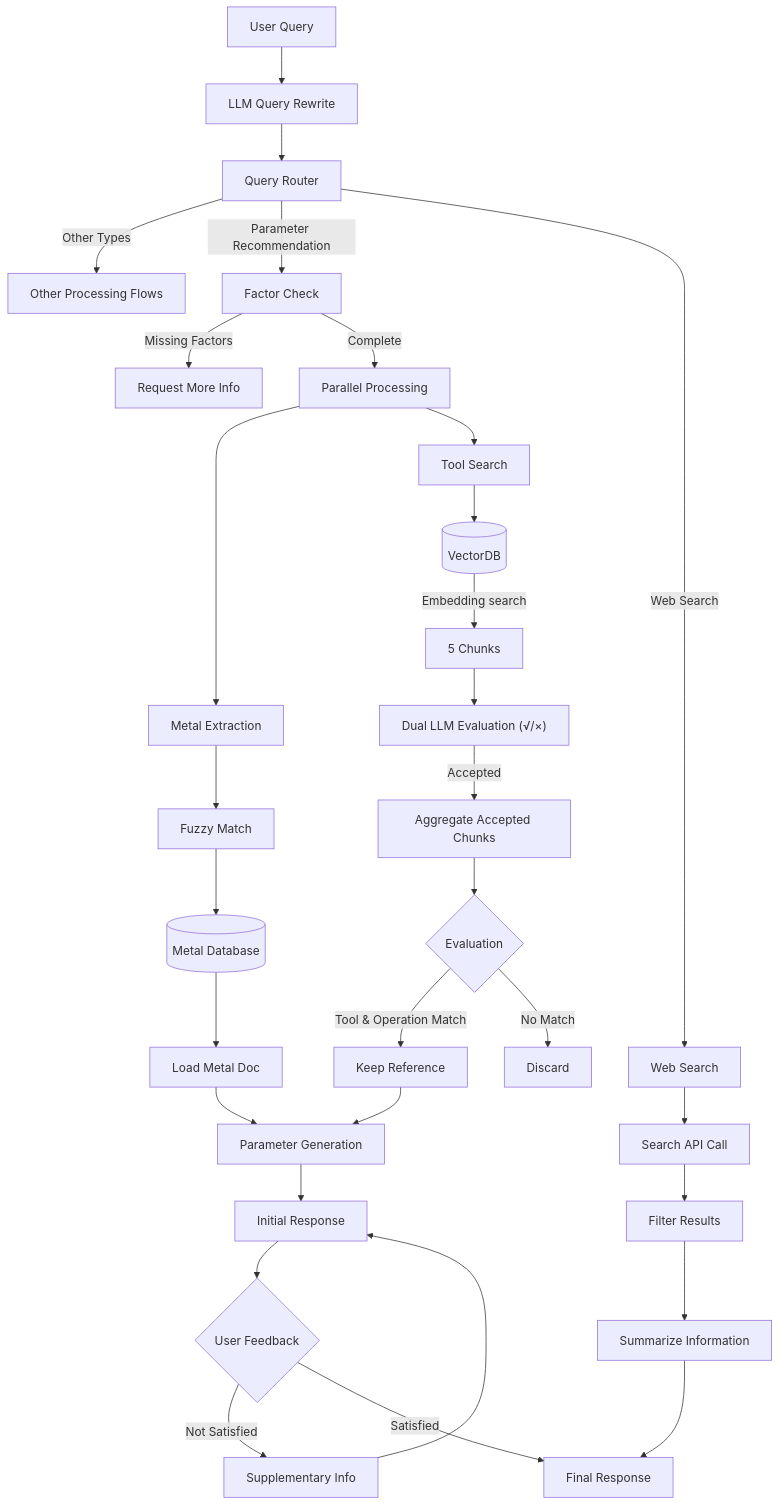
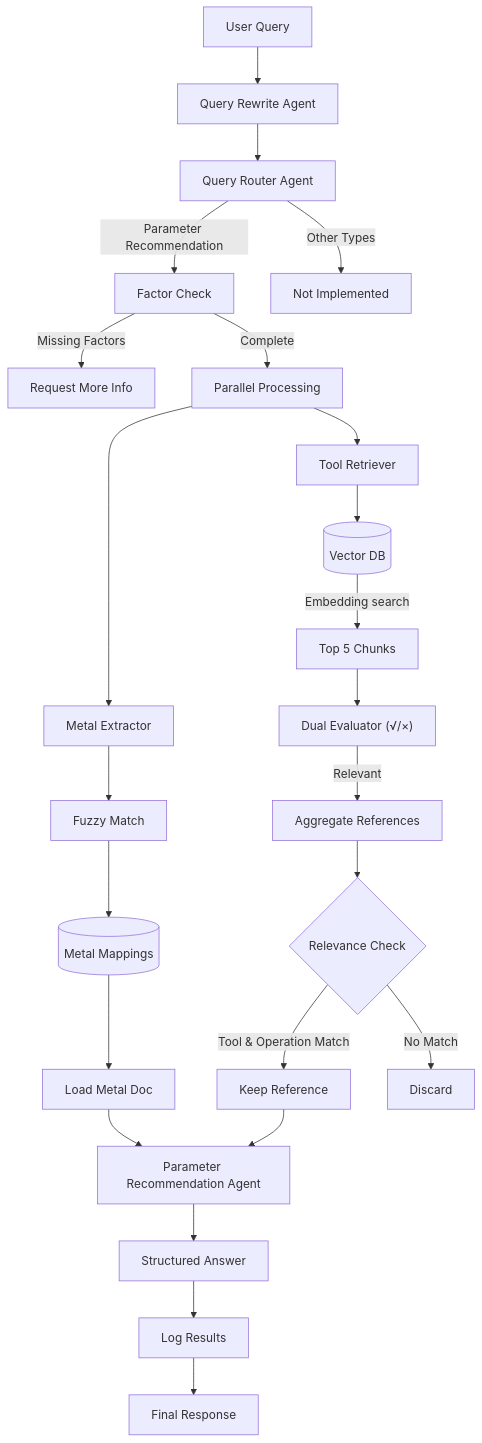
One commit to Dennis-Pang/LLM4manufacturing changed the diagram in backend/README.md. Above: the diagram before and after it, drawn with Mermaid. The commit also changed other lines of this file and 9 other files, not shown here.

````diff
--- a/backend/README.md
+++ b/backend/README.md
@@ -17,45 +69,36 @@
 ```mermaid
 flowchart TD
     %% Initial Query Processing
-    Start[User Query] --> LLM1[LLM Query Rewrite]
-    LLM1 --> Router[Query Router]
-    Router --> |Other Types| Other[Other Processing Flows]
+    Start[User Query] --> LLM1[Query Rewrite Agent]
+    LLM1 --> Router[Query Router Agent]
     Router --> |Parameter Recommendation| B[Factor Check]
-    Router --> |Web Search| WebSearch[Web Search]
-    
-    WebSearch --> WebAPI[Search API Call]
-    WebAPI --> WebResults[Filter Results]
-    WebResults --> WebSummary[Summarize Information]
-    WebSummary --> X[Final Response]
-    
+    Router --> |Other Types| Other[Not Implemented]
+
     B -->|Missing Factors| C[Request More Info]
     B -->|Complete| D[Parallel Processing]
-    
+
     %% Metal Processing Branch
-    D --> F[Metal Extraction]
+    D --> F[Metal Extractor]
     F --> G[Fuzzy Match]
-    G --> H[(Metal Database)]
+    G --> H[(Metal Mappings)]
     H --> I[Load Metal Doc]
-    
+
     %% Tool Processing Branch
-    D --> J[Tool Search]
-    J --> K[(VectorDB)]
-    
+    D --> J[Tool Retriever]
+    J --> K[(Vector DB)]
+
     %% Chunk Processing
-    K -- Embedding search --> L[5 Chunks]
-    L --> M["Dual LLM Evaluation (√/×)"]
-    M -- Accepted --> N[Aggregate Accepted Chunks]
-    N --> Q{Evaluation}
+    K -- Embedding search --> L[Top 5 Chunks]
+    L --> M["Dual Evaluator (√/×)"]
+    M -- Relevant --> N[Aggregate References]
+    N --> Q{Relevance Check}
     Q -->|Tool & Operation Match| R[Keep Reference]
     Q -->|No Match| S[Discard]
-    
+
     %% Parameter Generation and Response
-    I --> T[Parameter Generation]
+    I --> T[Parameter Recommendation Agent]
     R --> T
-    T --> U[Initial Response]
-    U --> V{User Feedback}
-    V -->|Not Satisfied| W[Supplementary Info]
-    W --> U
-    V -->|Satisfied| X[Final Response]
-
+    T --> U[Structured Answer]
+    U --> V[Log Results]
+    V --> X[Final Response]
 ```
````
